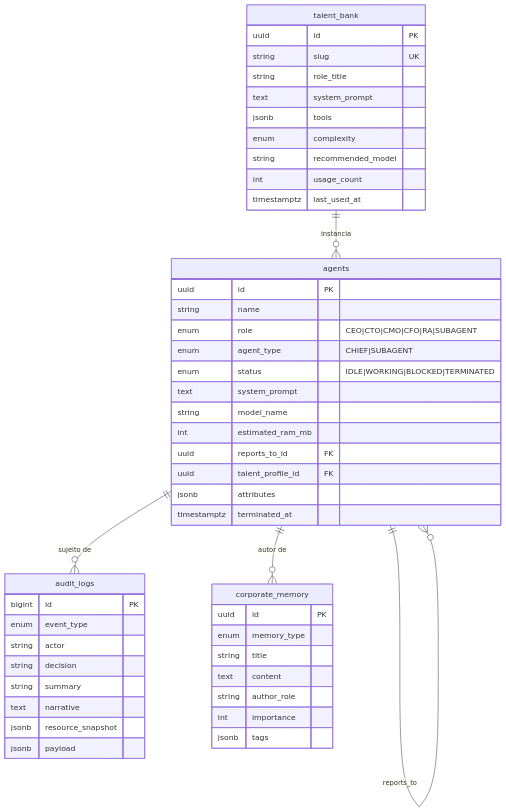
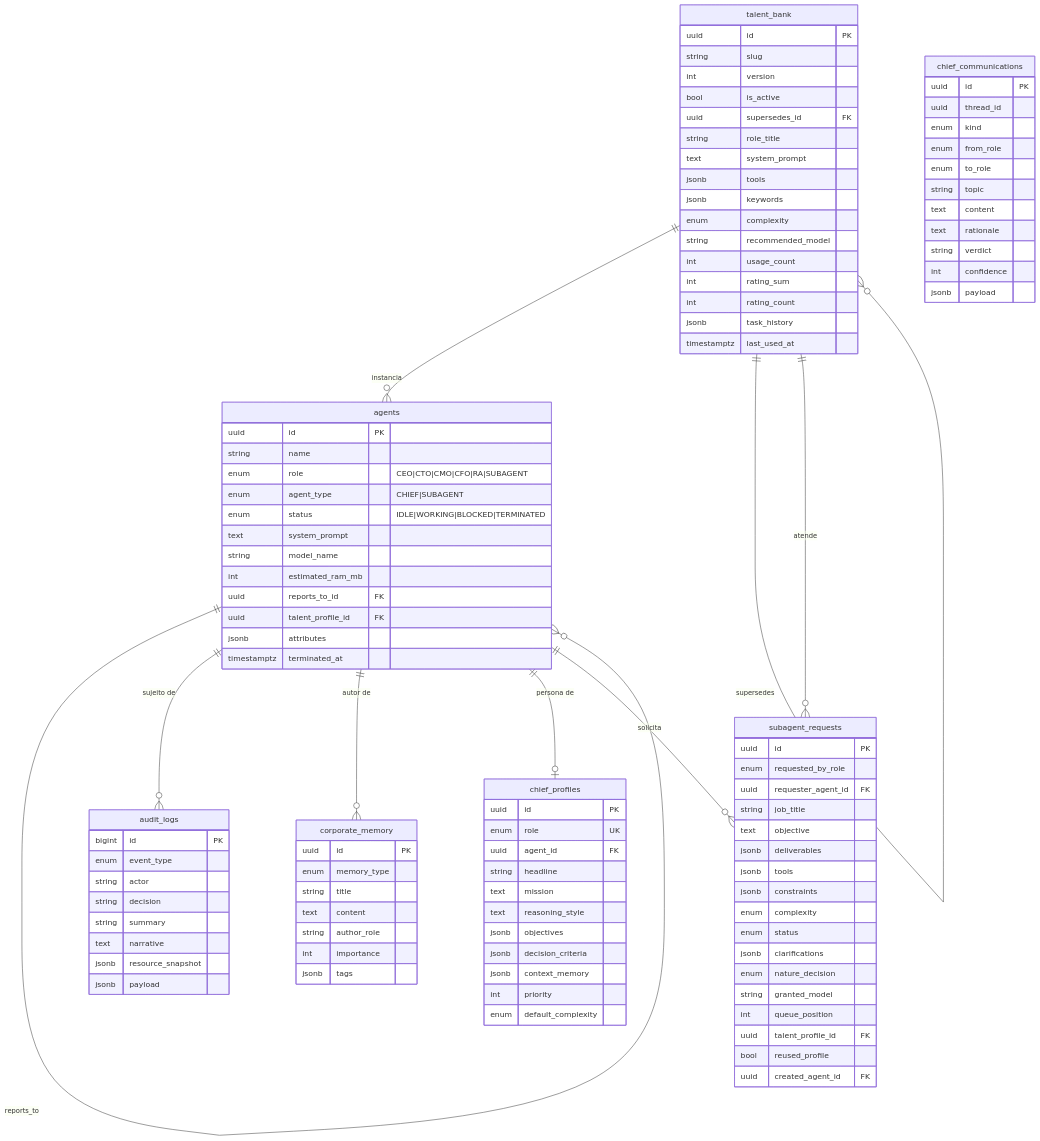
One commit to willrockoliv/they-work changed the fourth of 7 diagrams in docs/ARCHITECTURE.md. Above: the diagram before and after it, drawn with Mermaid. The commit also changed other lines of this file and 44 other files, not shown here.

First line of the commit message:
feat(fase 2): expand architecture documentation and introduce new services

```diff
--- a/docs/ARCHITECTURE.md
+++ b/docs/ARCHITECTURE.md
@@ -224,8 +310,12 @@
 erDiagram
     agents ||--o{ agents : "reports_to"
     talent_bank ||--o{ agents : "instancia"
+    talent_bank ||--o{ talent_bank : "supersedes"
     agents ||--o{ audit_logs : "sujeito de"
     agents ||--o{ corporate_memory : "autor de"
+    agents ||--o| chief_profiles : "persona de"
+    agents ||--o{ subagent_requests : "solicita"
+    talent_bank ||--o{ subagent_requests : "atende"
 
     agents {
         uuid id PK
@@ -243,14 +333,66 @@
     }
     talent_bank {
         uuid id PK
-        string slug UK
+        string slug
+        int version
+        bool is_active
+        uuid supersedes_id FK
         string role_title
         text system_prompt
         jsonb tools
+        jsonb keywords
         enum complexity
         string recommended_model
         int usage_count
+        int rating_sum
+        int rating_count
+        jsonb task_history
         timestamptz last_used_at
+    }
+    chief_profiles {
+        uuid id PK
+        enum role UK
+        uuid agent_id FK
+        string headline
+        text mission
+        text reasoning_style
+        jsonb objectives
+        jsonb decision_criteria
+        jsonb context_memory
+        int priority
+        enum default_complexity
+    }
+    chief_communications {
+        uuid id PK
+        uuid thread_id
+        enum kind
+        enum from_role
+        enum to_role
+        string topic
+        text content
+        text rationale
+        string verdict
+        int confidence
+        jsonb payload
+    }
+    subagent_requests {
+        uuid id PK
+        enum requested_by_role
+        uuid requester_agent_id FK
+        string job_title
+        text objective
+        jsonb deliverables
+        jsonb tools
+        jsonb constraints
+        enum complexity
+        enum status
+        jsonb clarifications
+        enum nature_decision
+        string granted_model
+        int queue_position
+        uuid talent_profile_id FK
+        bool reused_profile
+        uuid created_agent_id FK
     }
     audit_logs {
         bigint id PK
```
